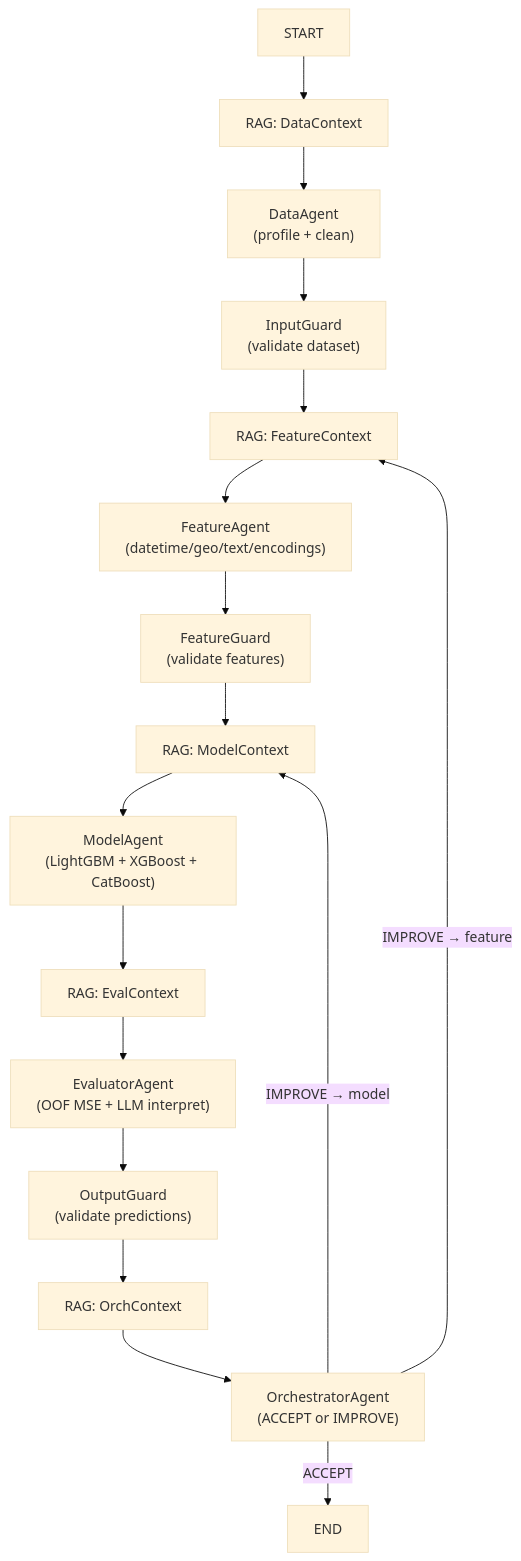
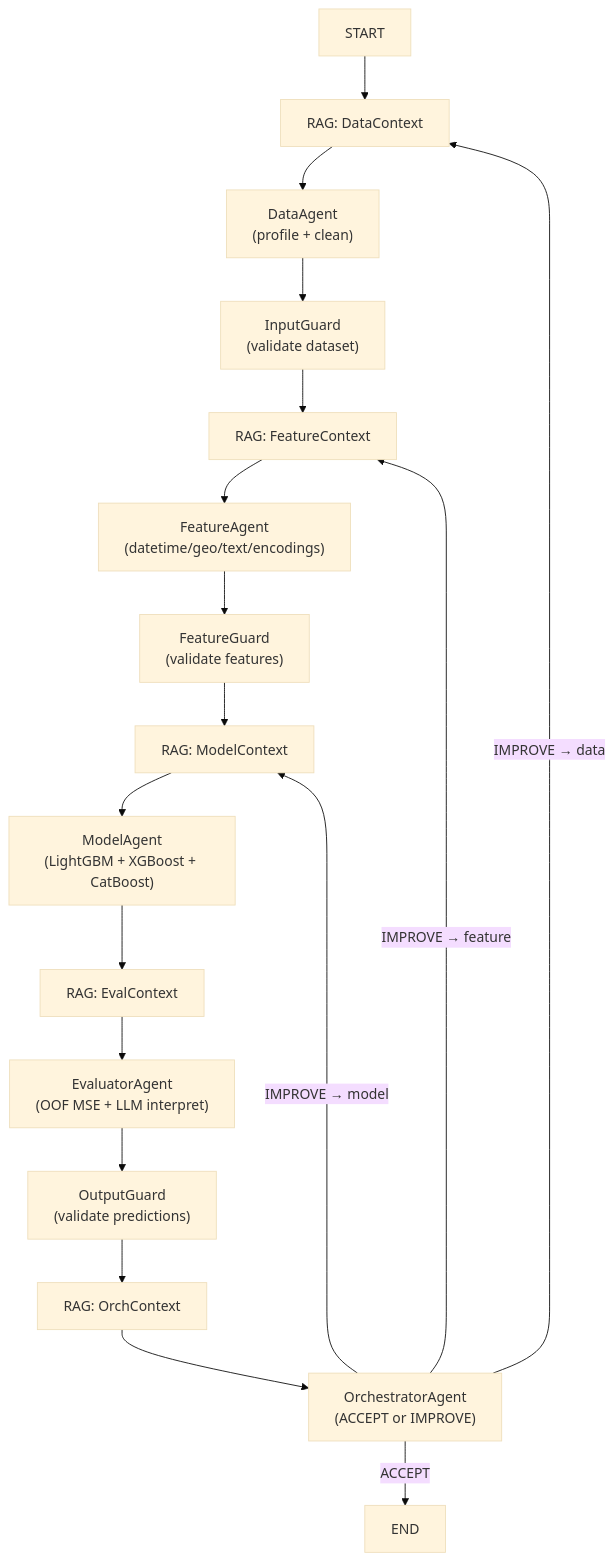
Before and after one commit to ArthurGaleev/kaggle-mas: the diagram in README.md, drawn with Mermaid (base theme). The commit also changed other lines of this file and 1 other file, not shown here.

````diff
--- a/README.md
+++ b/README.md
@@ -33,19 +33,20 @@
 ```mermaid
 graph TD
     START --> data_rag["RAG: DataContext"]
     data_rag --> DataAgent["DataAgent\n(profile + clean)"]
     DataAgent --> input_guard["InputGuard\n(validate dataset)"]
     input_guard --> feature_rag["RAG: FeatureContext"]
     feature_rag --> FeatureAgent["FeatureAgent\n(datetime/geo/text/encodings)"]
     FeatureAgent --> feature_guard["FeatureGuard\n(validate features)"]
     feature_guard --> model_rag["RAG: ModelContext"]
     model_rag --> ModelAgent["ModelAgent\n(LightGBM + XGBoost + CatBoost)"]
     ModelAgent --> eval_rag["RAG: EvalContext"]
     eval_rag --> EvaluatorAgent["EvaluatorAgent\n(OOF MSE + LLM interpret)"]
     EvaluatorAgent --> output_guard["OutputGuard\n(validate predictions)"]
     output_guard --> orch_rag["RAG: OrchContext"]
     orch_rag --> Orchestrator["OrchestratorAgent\n(ACCEPT or IMPROVE)"]
     Orchestrator -- "ACCEPT" --> END
     Orchestrator -- "IMPROVE → feature" --> feature_rag
     Orchestrator -- "IMPROVE → model" --> model_rag
+    Orchestrator -- "IMPROVE → data" --> data_rag
 ```
````
